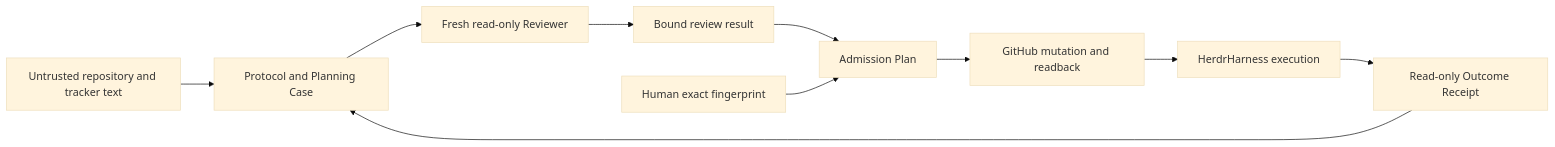
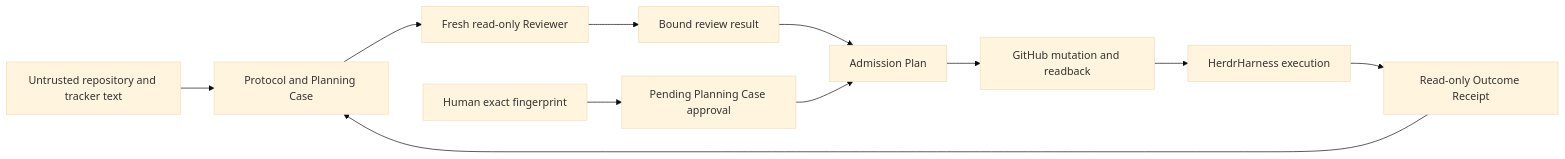
One commit to Notyet1307/pi-ticket-planning changed the diagram in docs/security/threat-model.md. Above: the diagram before and after it, drawn with Mermaid (base theme). The commit also changed other lines of this file and 17 other files, not shown here.

````diff
--- a/docs/security/threat-model.md
+++ b/docs/security/threat-model.md
@@ -22,12 +22,13 @@
 ```mermaid
 flowchart LR
   U[Untrusted repository and tracker text] --> P[Protocol and Planning Case]
   P --> R[Fresh read-only Reviewer]
   R --> B[Bound review result]
   B --> A[Admission Plan]
-  H[Human exact fingerprint] --> A
+  H[Human exact fingerprint] --> C[Pending Planning Case approval]
+  C --> A
   A --> G[GitHub mutation and readback]
   G --> X[HerdrHarness execution]
   X --> O[Read-only Outcome Receipt]
   O --> P
 ```
````
